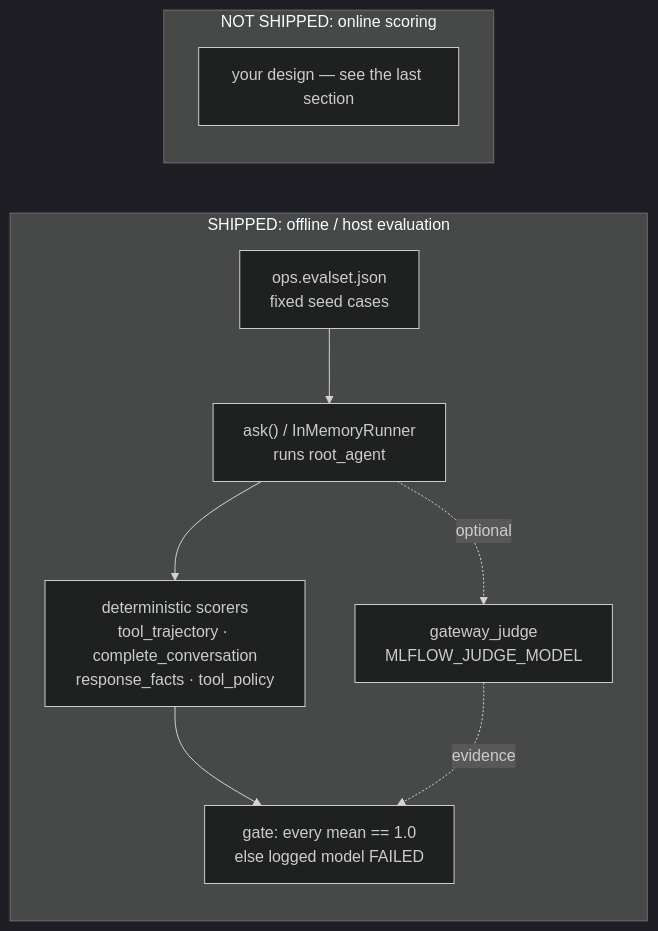
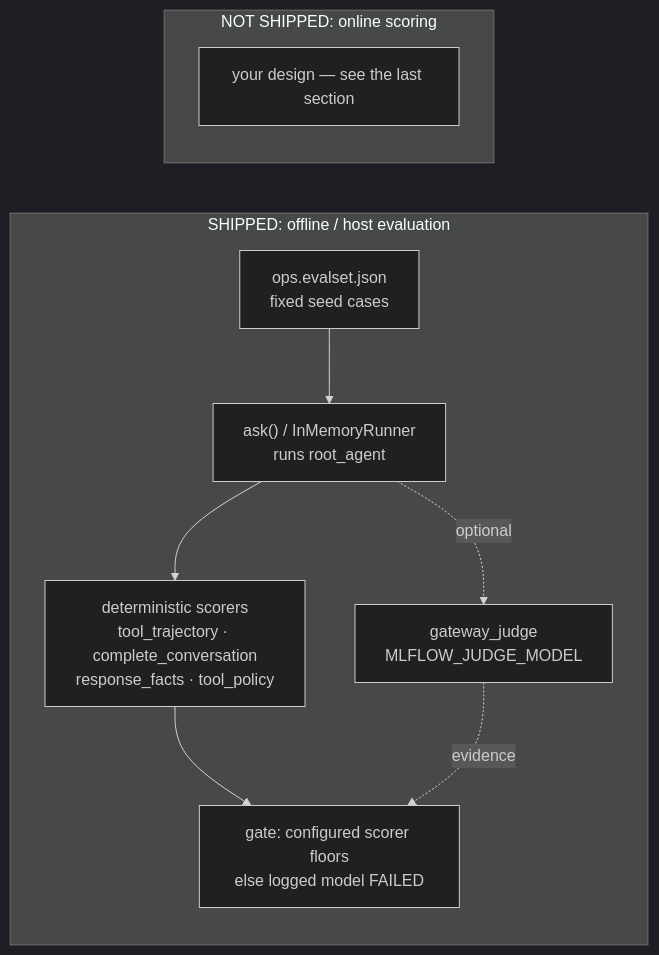
The diagram in docs/7. Observability/7.5. Online Evaluation.md (LuiGGi629/agentops-open-course), drawn with Mermaid (dark theme) before and after one commit. The commit also changed 121 other files, not shown here.

````diff
--- a/docs/7. Observability/7.5. Online Evaluation.md
+++ b/docs/7. Observability/7.5. Online Evaluation.md
@@ -79,15 +79,15 @@
 ```mermaid
 flowchart LR
   subgraph shipped["SHIPPED: offline / host evaluation"]
     direction TB
     dataset["ops.evalset.json<br/>fixed seed cases"] --> ask["ask() / InMemoryRunner<br/>runs root_agent"]
     ask --> det["deterministic scorers<br/>tool_trajectory · complete_conversation<br/>response_facts · tool_policy"]
     ask -. optional .-> judge["gateway_judge<br/>MLFLOW_JUDGE_MODEL"]
-    det --> gate["gate: every mean == 1.0<br/>else logged model FAILED"]
+    det --> gate["gate: configured scorer floors<br/>else logged model FAILED"]
     judge -. evidence .-> gate
   end
   subgraph online["NOT SHIPPED: online scoring"]
     direction TB
     design["your design — see the last section"]
   end
 ```
````
